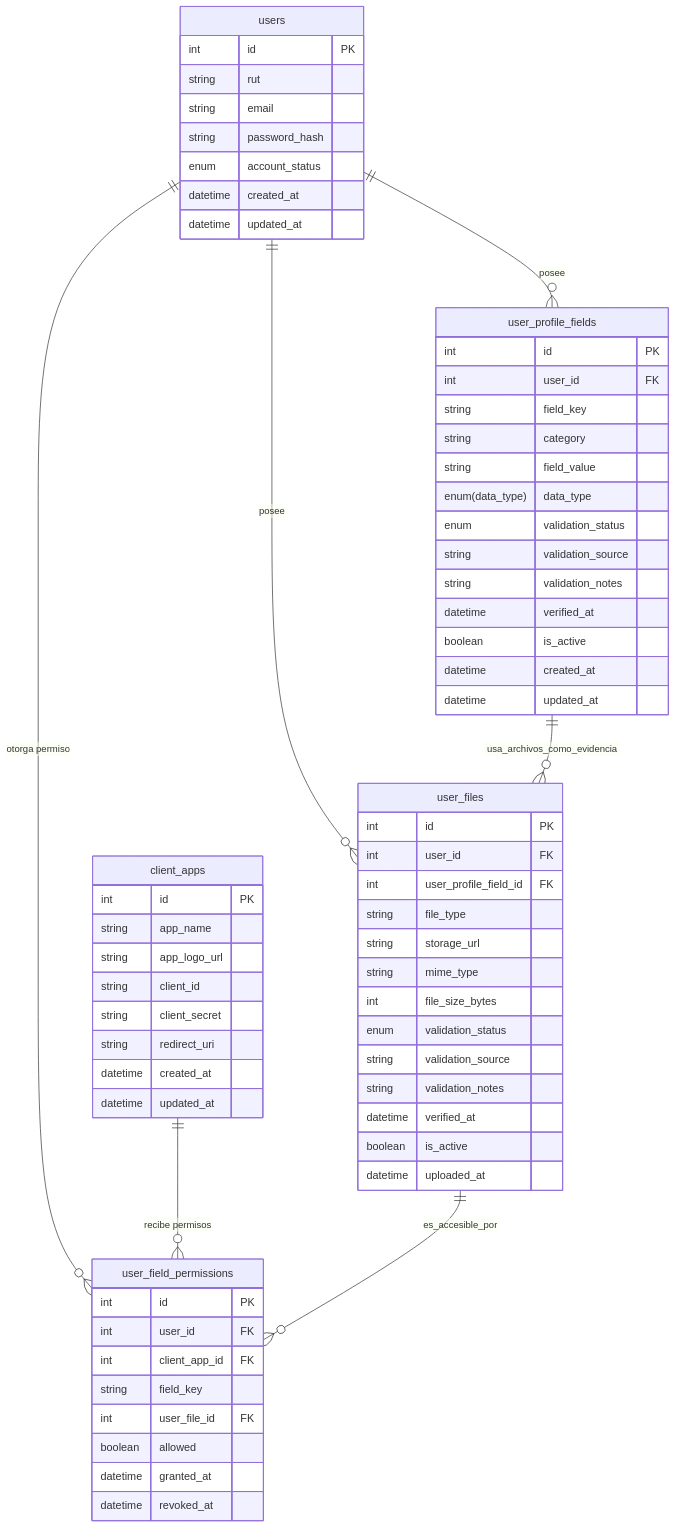
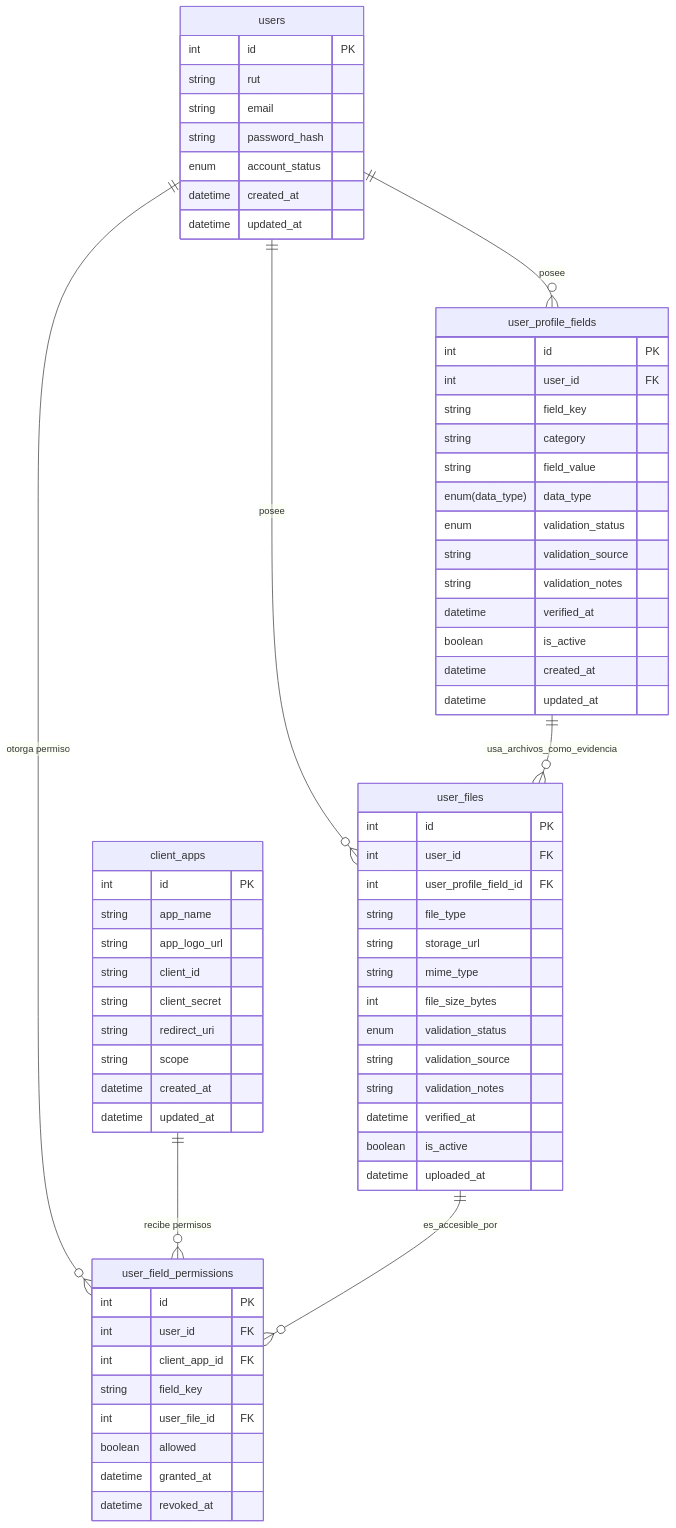
The diagram in docs/diagram.md (platanus-hack/platanus-hack-25-team-42), drawn with Mermaid before and after one commit. The commit also changed 1 other file, not shown here.

Commit message:
docs: add project summary

````diff
--- a/docs/diagram.md
+++ b/docs/diagram.md
@@ -3,76 +3,77 @@
 ```mermaid
 erDiagram
 
     client_apps {
         int id PK
         string app_name
         string app_logo_url
         string client_id
         string client_secret
         string redirect_uri
+        string scope
         datetime created_at
         datetime updated_at
     }
 
     users {
         int id PK
         string rut
         string email
         string password_hash
         enum account_status
         datetime created_at
         datetime updated_at
     }
 
     user_profile_fields {
         int id PK
         int user_id FK
         string field_key
         string category
         string field_value
         enum(data_type) data_type
         enum validation_status
         string validation_source
         string validation_notes
         datetime verified_at
         boolean is_active
         datetime created_at
         datetime updated_at
     }
 
     user_files {
         int id PK
         int user_id FK
         int user_profile_field_id FK
         string file_type
         string storage_url
         string mime_type
         int file_size_bytes
         enum validation_status
         string validation_source
         string validation_notes
         datetime verified_at
         boolean is_active
         datetime uploaded_at
     }
 
     user_field_permissions {
         int id PK
         int user_id FK
         int client_app_id FK
         string field_key
         int user_file_id FK
         boolean allowed
         datetime granted_at
         datetime revoked_at
     }
 
     %% RELATIONSHIPS
 
     users ||--o{ user_profile_fields : "posee"
     users ||--o{ user_files : "posee"
     users ||--o{ user_field_permissions : "otorga permiso"
     client_apps ||--o{ user_field_permissions : "recibe permisos"
     user_profile_fields ||--o{ user_files : "usa_archivos_como_evidencia"
     user_files ||--o{ user_field_permissions : "es_accesible_por"
 ```
````
